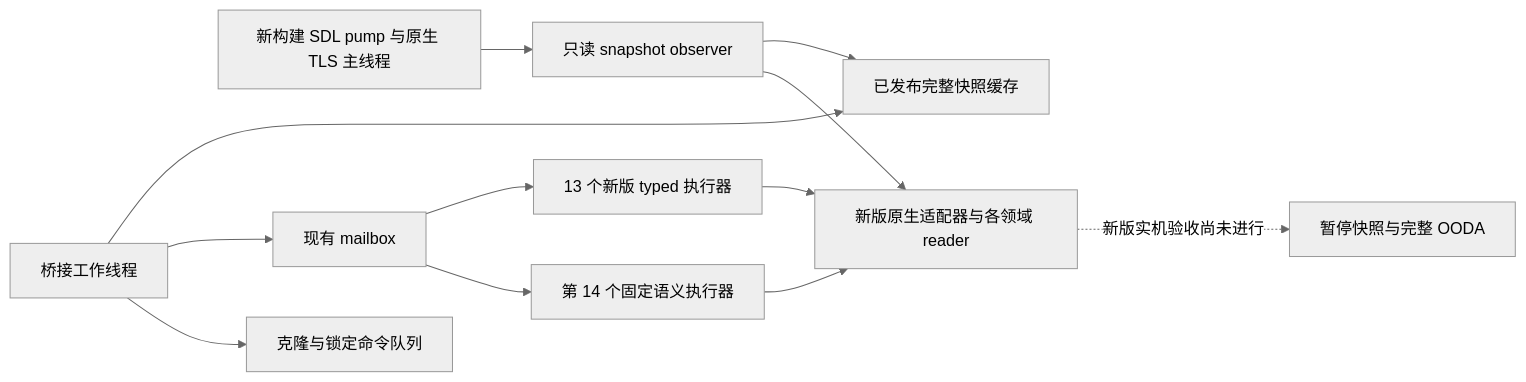
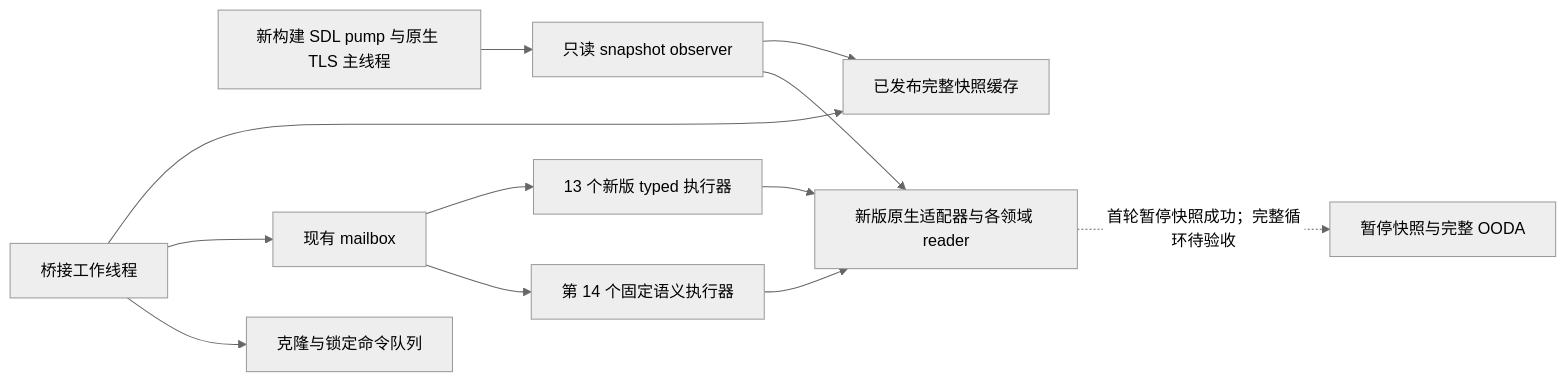
One commit to XenoAmess/ck3_eternal_recurrence changed the diagram in docs/ck3-native-ai/ck3-1.20.0.2-bridge-dispatch-migration.md. Above: the diagram before and after it, drawn with Mermaid (neutral theme). The commit also changed other lines of this file and 59 other files, not shown here.

````diff
--- a/docs/ck3-native-ai/ck3-1.20.0.2-bridge-dispatch-migration.md
+++ b/docs/ck3-native-ai/ck3-1.20.0.2-bridge-dispatch-migration.md
@@ -18,14 +18,14 @@
 ```mermaid
 flowchart LR
   W[桥接工作线程] --> C[已发布完整快照缓存]
   P[新构建 SDL pump 与原生 TLS 主线程] --> O[只读 snapshot observer]
   O --> C
   W --> Q[现有 mailbox]
   Q --> T[13 个新版 typed 执行器]
   Q --> S[第 14 个固定语义执行器]
   T --> N[新版原生适配器与各领域 reader]
   S --> N
   O --> N
   W --> K[克隆与锁定命令队列]
-  N -. 新版实机验收尚未进行 .-> L[暂停快照与完整 OODA]
+  N -. 首轮暂停快照成功；完整循环待验收 .-> L[暂停快照与完整 OODA]
 ```
````
